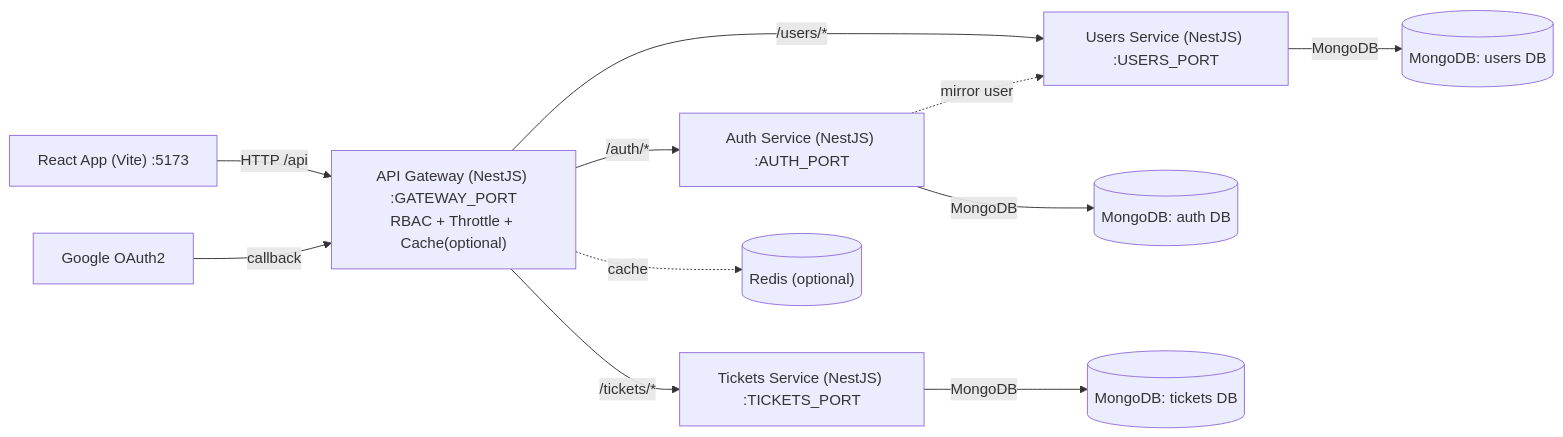
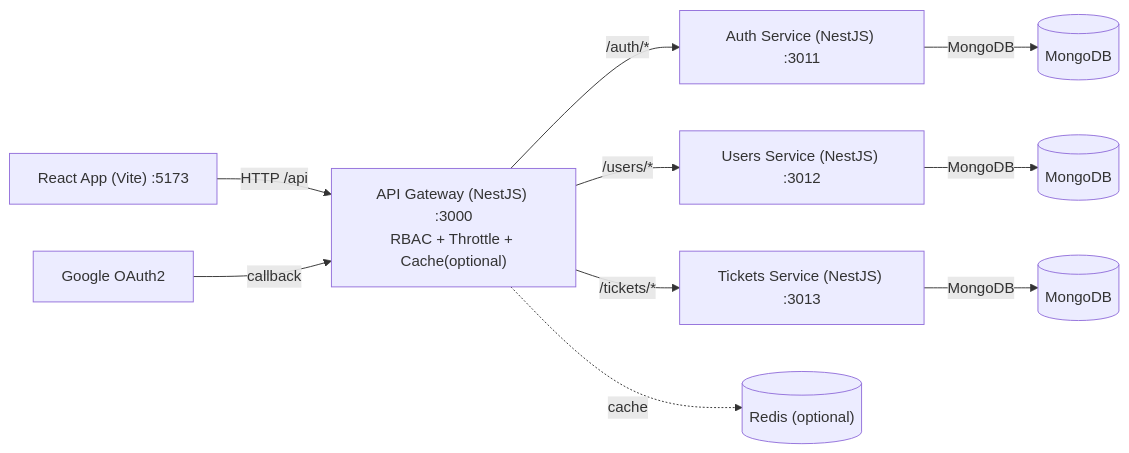
The diagram in README.md (VenkateshwaranA/TicketDesk-BE), drawn with Mermaid before and after one commit.

````diff
--- a/README.md
+++ b/README.md
@@ -92,16 +92,12 @@
 ```mermaid
 flowchart LR
-  FE["React App (Vite) :5173"] -->|HTTP /api| GW["API Gateway (NestJS) :GATEWAY_PORT\nRBAC + Throttle + Cache(optional)"]
-
-  GW -->|/auth/*| AUTH["Auth Service (NestJS) :AUTH_PORT"]
-  GW -->|/users/*| USERS["Users Service (NestJS) :USERS_PORT"]
-  GW -->|/tickets/*| TICKETS["Tickets Service (NestJS) :TICKETS_PORT"]
-
-  AUTH -->|MongoDB| M1[("MongoDB: auth DB")]
-  USERS -->|MongoDB| M2[("MongoDB: users DB")]
-  TICKETS -->|MongoDB| M3[("MongoDB: tickets DB")]
-
+  FE["React App (Vite) :5173"] -->|HTTP /api| GW["API Gateway (NestJS) :3000\nRBAC + Throttle + Cache(optional)"]
+  GW -->|/auth/*| AUTH["Auth Service (NestJS) :3011"]
+  GW -->|/users/*| USERS["Users Service (NestJS) :3012"]
+  GW -->|/tickets/*| TICKETS["Tickets Service (NestJS) :3013"]
+  AUTH -->|MongoDB| M1[("MongoDB")]
+  USERS -->|MongoDB| M2[("MongoDB")]
+  TICKETS -->|MongoDB| M3[("MongoDB")]
   GW -. cache .-> REDIS[("Redis (optional)")]
   GOOGLE["Google OAuth2"] -->|callback| GW
-  AUTH -. mirror user .-> USERS
 ```
````
